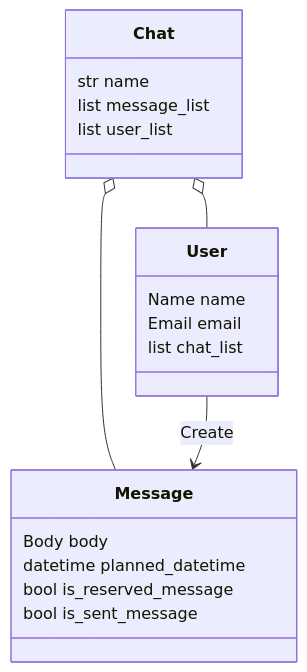
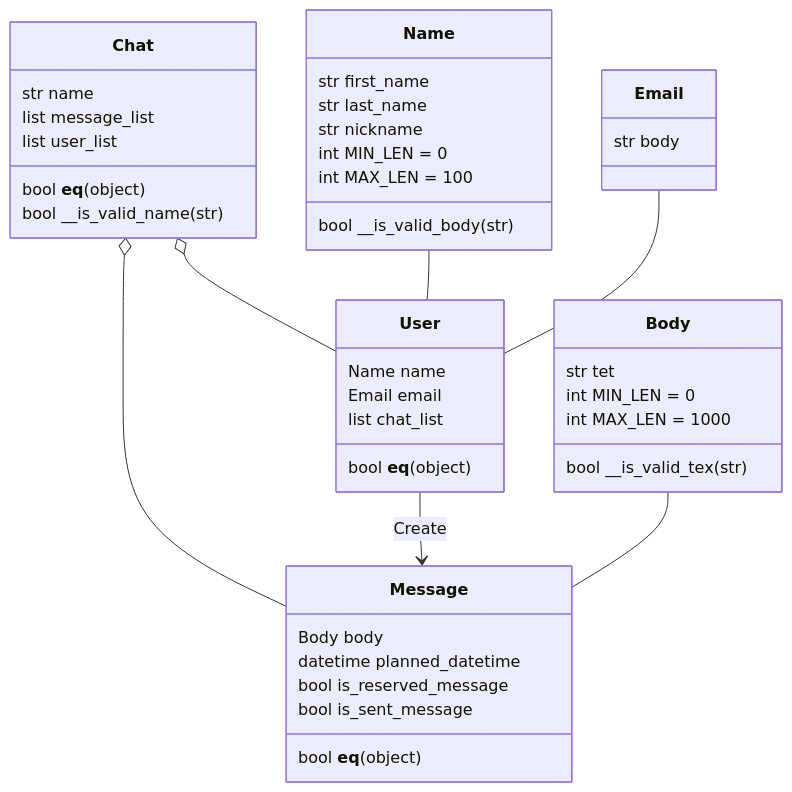
One commit to agile-native-panda/DDD-Challenge-2022 changed the diagram in doc/class_model.md. Above: the diagram before and after it, drawn with Mermaid.

Commit message:
クラス図を更新

````diff
--- a/doc/class_model.md
+++ b/doc/class_model.md
@@ -1,27 +1,50 @@
 ```mermaid
 classDiagram
 class User {
     Name name
     Email email
     list chat_list
-
+    bool __eq__(object)
 }
 
+class Name {
+    str first_name
+    str last_name
+    str nickname
+    int MIN_LEN = 0
+    int MAX_LEN = 100
+    bool __is_valid_body(str)
+}
+
+class Email {
+    str body
+}
 class Chat {
     str name
     list message_list
     list user_list
-    
+
+    bool __eq__(object)
+    bool __is_valid_name(str)   
 }
 
 class Message {
     Body body
     datetime planned_datetime
     bool is_reserved_message
     bool is_sent_message
-
+    bool __eq__(object)
+}
+class Body{
+    str tet
+    int MIN_LEN = 0
+    int MAX_LEN = 1000
+    bool __is_valid_tex(str)
 }
 Chat o-- User
 Chat o-- Message
 User --> Message: Create
+Name -- User
+Email -- User
+Body -- Message
 ```
````
